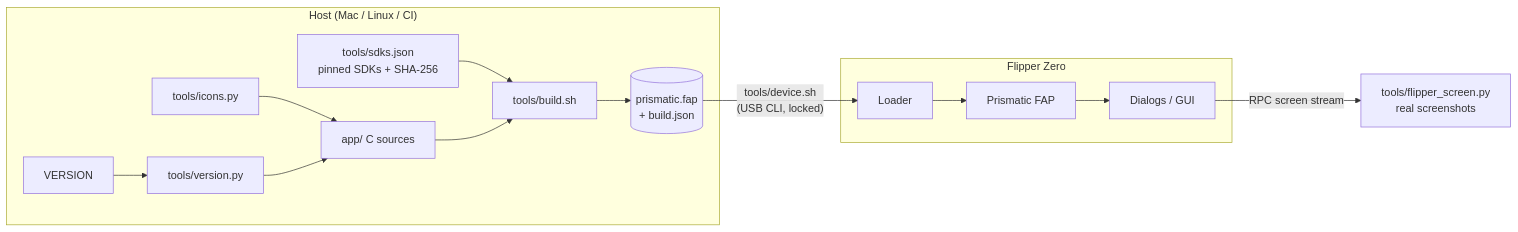
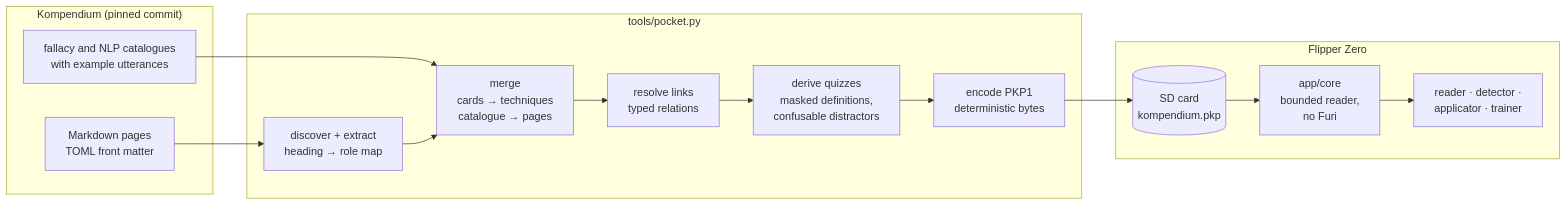
The first of 2 diagrams in README.md (korczis/prismatic-flipperzero), drawn with Mermaid before and after one commit. The commit also changed other lines of this file and 32 other files, not shown here.

First line of the commit message:
docs(pocket): prose README, case study, architecture, real device gallery

````diff
--- a/README.md
+++ b/README.md
@@ -83,17 +139,22 @@
 ```mermaid
 flowchart LR
-  subgraph host["Host (Mac / Linux / CI)"]
-    V[VERSION] --> G[tools/version.py]
-    I[tools/icons.py] --> A
-    G --> A[app/ C sources]
-    M[tools/sdks.json<br/>pinned SDKs + SHA-256] --> B[tools/build.sh]
-    A --> B
-    B --> F[(prismatic.fap<br/>+ build.json)]
+  subgraph source["Kompendium (pinned commit)"]
+    P[Markdown pages<br/>TOML front matter]
+    C[fallacy and NLP catalogues<br/>with example utterances]
   end
-  subgraph flipper["Flipper Zero"]
-    L[Loader] --> P[Prismatic FAP]
-    P --> D[Dialogs / GUI]
+  subgraph compiler["tools/pocket.py"]
+    D[discover + extract<br/>heading → role map]
+    M[merge<br/>cards → techniques<br/>catalogue → pages]
+    R[resolve links<br/>typed relations]
+    Q[derive quizzes<br/>masked definitions,<br/>confusable distractors]
+    E[encode PKP1<br/>deterministic bytes]
   end
-  F -- "tools/device.sh<br/>(USB CLI, locked)" --> L
-  D -- "RPC screen stream" --> S[tools/flipper_screen.py<br/>real screenshots]
+  subgraph device["Flipper Zero"]
+    SD[(SD card<br/>kompendium.pkp)]
+    CORE[app/core<br/>bounded reader,<br/>no Furi]
+    UI[reader · detector ·<br/>applicator · trainer]
+  end
+  P --> D
+  C --> M
+  D --> M --> R --> Q --> E --> SD --> CORE --> UI
 ```
````
